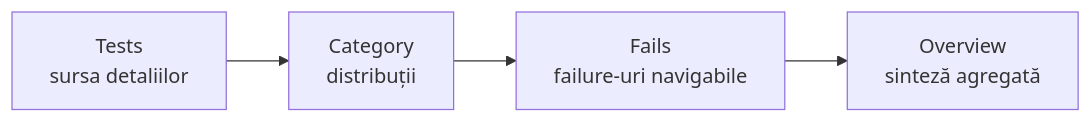
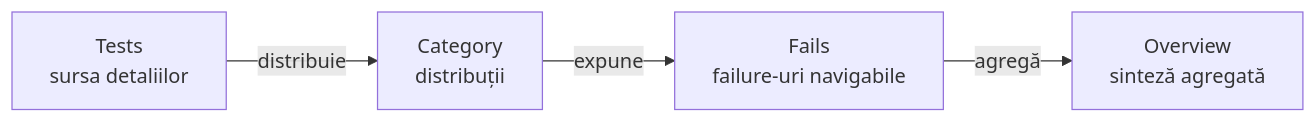
One commit to crististefanita/demo2 changed the first of 9 diagrams in docs/ATF_Reporting_Contract.md. Above: the diagram before and after it, drawn with Mermaid. The commit also changed other lines of this file and 52 other files, not shown here.

````diff
--- a/docs/ATF_Reporting_Contract.md
+++ b/docs/ATF_Reporting_Contract.md
@@ -14,6 +14,6 @@
 ```mermaid
 flowchart LR
-    Tests["Tests<br/>sursa detaliilor"] --> Category["Category<br/>distribuții"]
-    Category --> Fails["Fails<br/>failure-uri navigabile"]
-    Fails --> Overview["Overview<br/>sinteză agregată"]
+    Tests["Tests<br/>sursa detaliilor"] -->|distribuie| Category["Category<br/>distribuții"]
+    Category -->|expune| Fails["Fails<br/>failure-uri navigabile"]
+    Fails -->|agregă| Overview["Overview<br/>sinteză agregată"]
 ```
````
